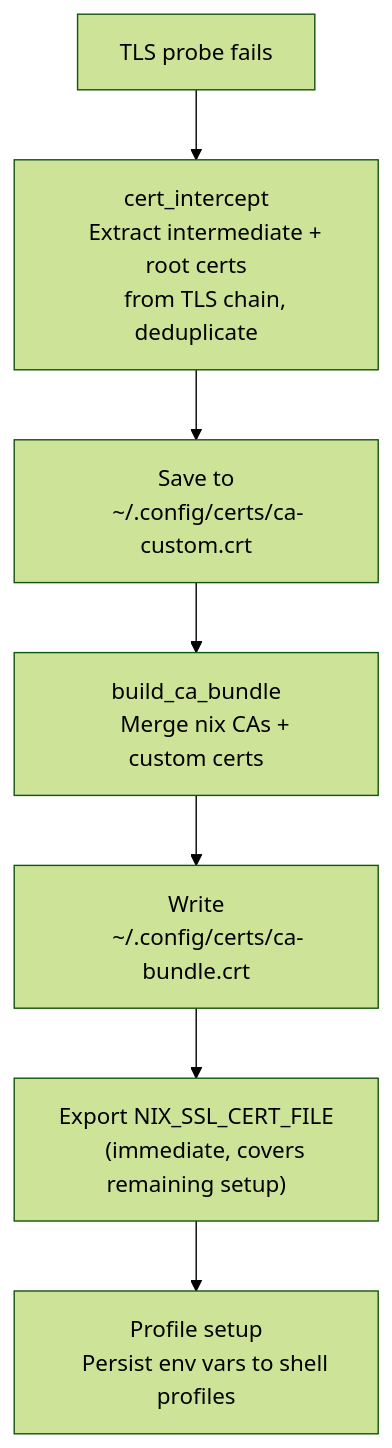
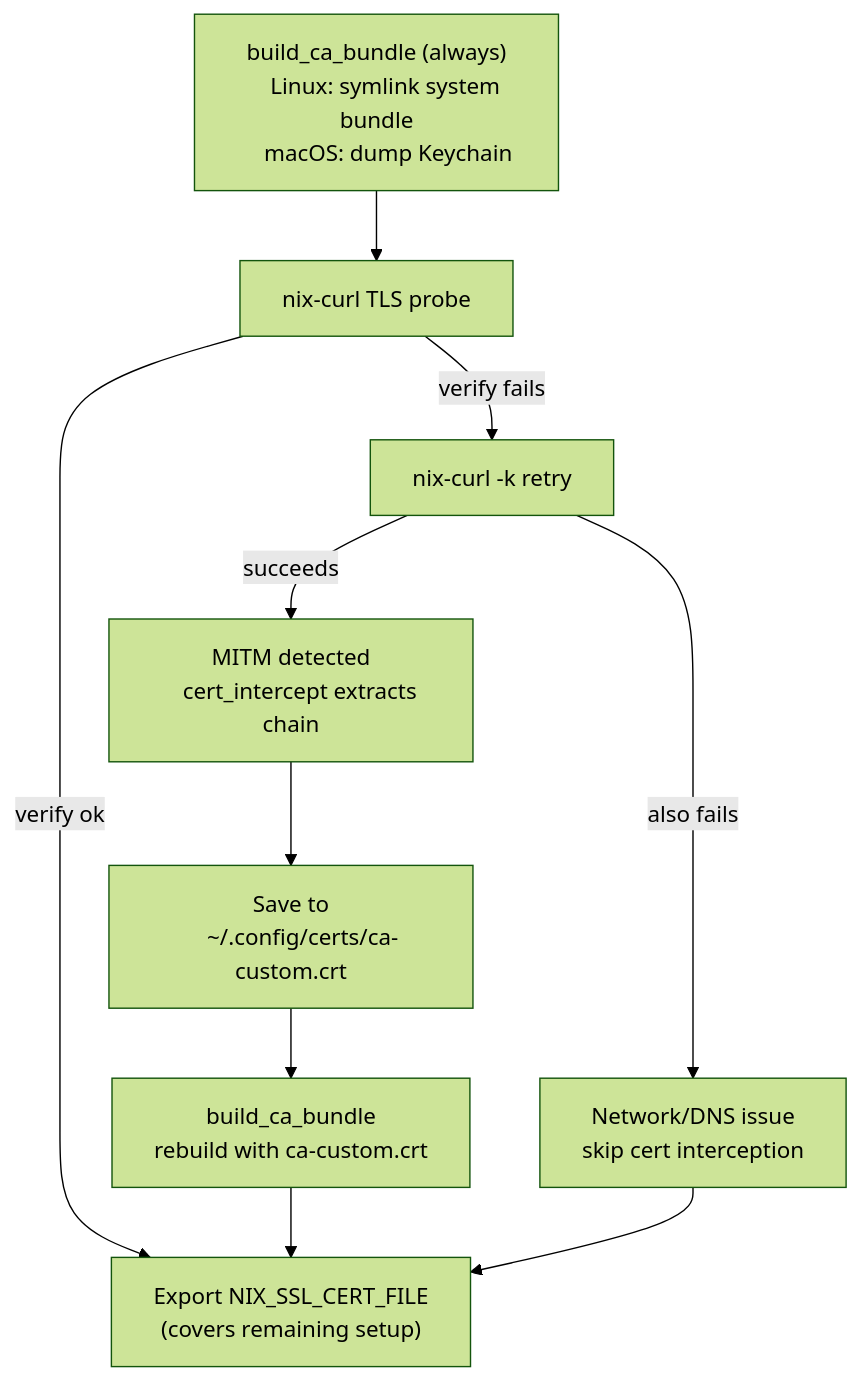
One commit to szymonos/envy-nx changed the diagram in docs/proxy.md. Above: the diagram before and after it, drawn with Mermaid (forest theme). The commit also changed other lines of this file and 13 other files, not shown here.

First line of the commit message:
fix(certs): always build ca-bundle.crt; gate MITM probe on ca-custom.crt

````diff
--- a/docs/proxy.md
+++ b/docs/proxy.md
@@ -25,16 +28,19 @@
 ```mermaid
 flowchart TD
-    P["TLS probe fails"] --> I["cert_intercept
-    Extract intermediate + root certs
-    from TLS chain, deduplicate"]
+    B0["build_ca_bundle (always)
+    Linux: symlink system bundle
+    macOS: dump Keychain"] --> P["nix-curl TLS probe"]
+    P -->|verify ok| E["Export NIX_SSL_CERT_FILE
+    (covers remaining setup)"]
+    P -->|verify fails| K["nix-curl -k retry"]
+    K -->|succeeds| I["MITM detected
+    cert_intercept extracts chain"]
     I --> S["Save to
     ~/.config/certs/ca-custom.crt"]
-    S --> B["build_ca_bundle
-    Merge nix CAs + custom certs"]
-    B --> F["Write
-    ~/.config/certs/ca-bundle.crt"]
-    F --> E["Export NIX_SSL_CERT_FILE
-    (immediate, covers remaining setup)"]
-    E --> PR["Profile setup
-    Persist env vars to shell profiles"]
+    S --> B1["build_ca_bundle
+    rebuild with ca-custom.crt"]
+    B1 --> E
+    K -->|also fails| W["Network/DNS issue
+    skip cert interception"]
+    W --> E
 ```
````
